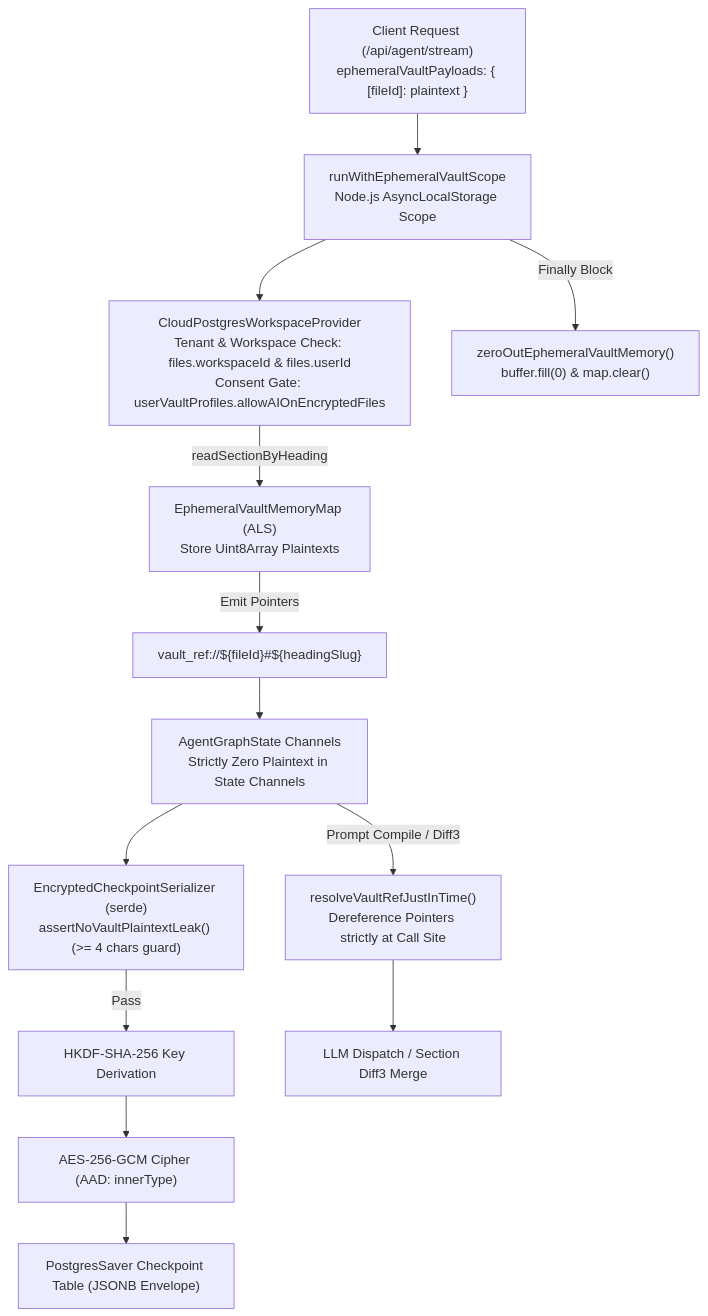
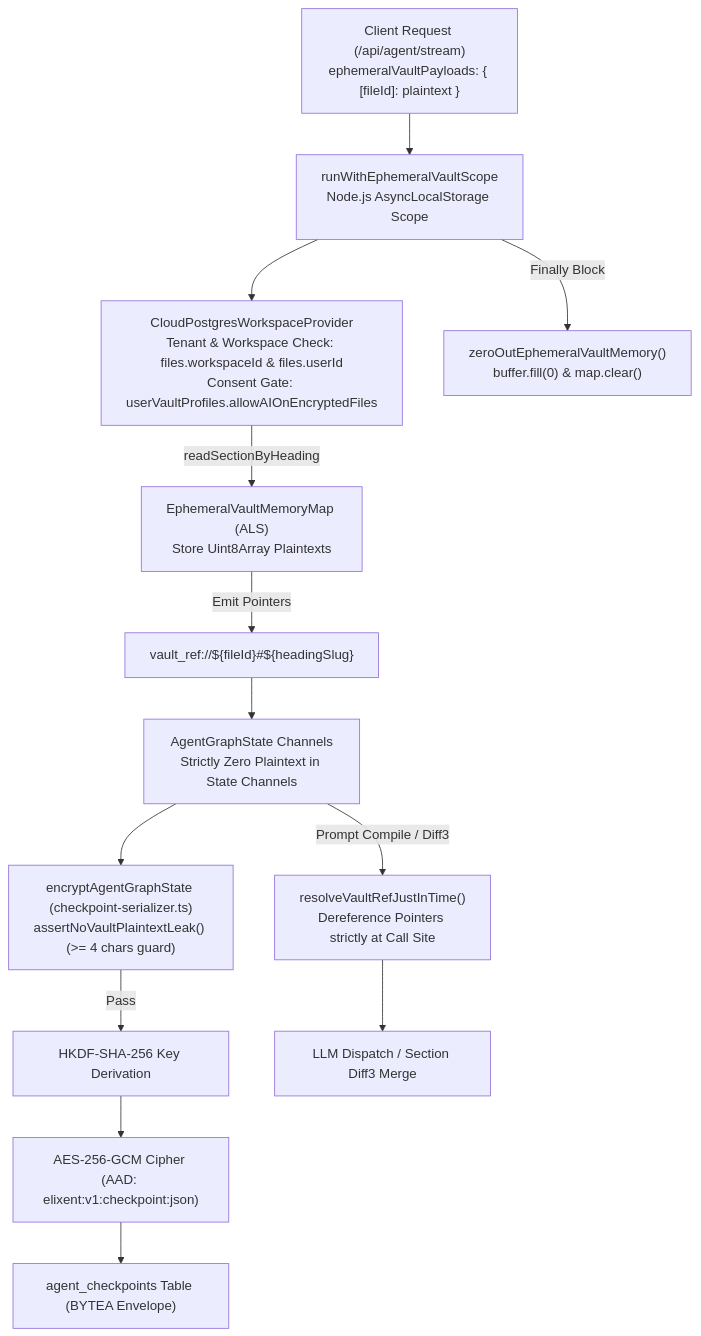
The seventh of 10 diagrams in README.md (Abdullah931-stack/ELIXENT), drawn with Mermaid before and after one commit. The commit also changed other lines of this file and 16 other files, not shown here.

````diff
--- a/README.md
+++ b/README.md
@@ -645,20 +645,20 @@
 ```mermaid
 flowchart TD
     ClientReq["Client Request (/api/agent/stream)<br/>ephemeralVaultPayloads: { [fileId]: plaintext }"] --> Scope["runWithEphemeralVaultScope<br/>Node.js AsyncLocalStorage Scope"]
 
     Scope --> Prov["CloudPostgresWorkspaceProvider<br/>Tenant & Workspace Check: files.workspaceId & files.userId<br/>Consent Gate: userVaultProfiles.allowAIOnEncryptedFiles"]
 
     Prov -->|readSectionByHeading| EphemMap["EphemeralVaultMemoryMap (ALS)<br/>Store Uint8Array Plaintexts"]
     EphemMap -->|Emit Pointers| Ptr["vault_ref://${fileId}#${headingSlug}"]
     Ptr --> State["AgentGraphState Channels<br/>Strictly Zero Plaintext in State Channels"]
 
-    State --> Checkpoint["EncryptedCheckpointSerializer (serde)<br/>assertNoVaultPlaintextLeak() (>= 4 chars guard)"]
+    State --> Checkpoint["encryptAgentGraphState (checkpoint-serializer.ts)<br/>assertNoVaultPlaintextLeak() (>= 4 chars guard)"]
     Checkpoint -->|Pass| HKDF["HKDF-SHA-256 Key Derivation"]
-    HKDF --> AES["AES-256-GCM Cipher (AAD: innerType)"]
-    AES --> Saver["PostgresSaver Checkpoint Table (JSONB Envelope)"]
+    HKDF --> AES["AES-256-GCM Cipher (AAD: elixent:v1:checkpoint:json)"]
+    AES --> Saver["agent_checkpoints Table (BYTEA Envelope)"]
 
     State -->|Prompt Compile / Diff3| Resolve["resolveVaultRefJustInTime()<br/>Dereference Pointers strictly at Call Site"]
     Resolve --> PromptExec["LLM Dispatch / Section Diff3 Merge"]
 
     Scope -->|Finally Block| Wipe["zeroOutEphemeralVaultMemory()<br/>buffer.fill(0) & map.clear()"]
 ```
````
